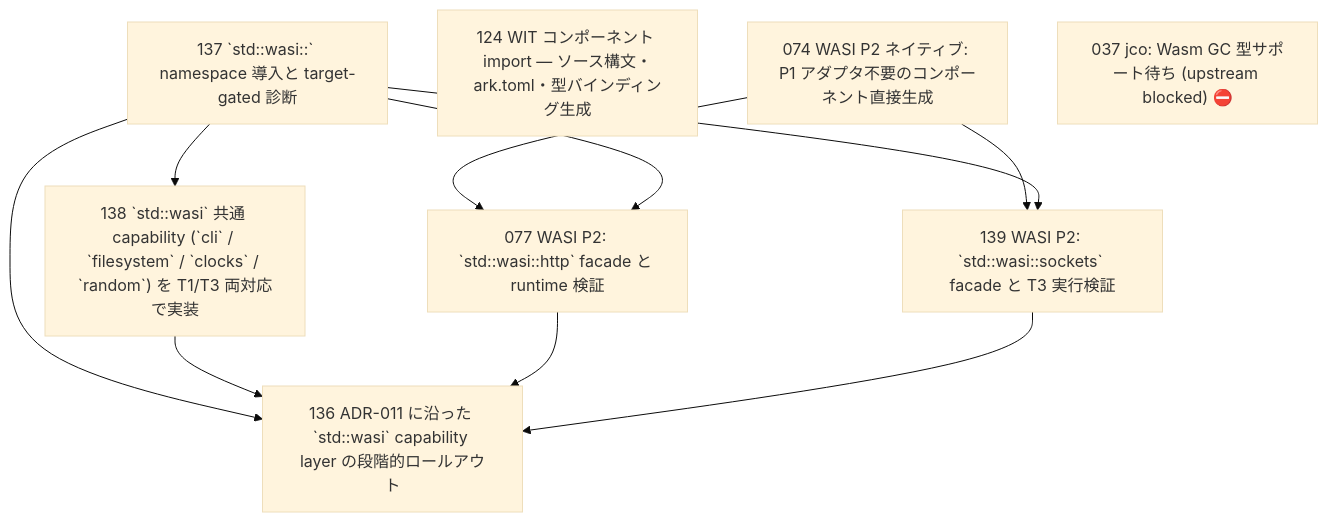
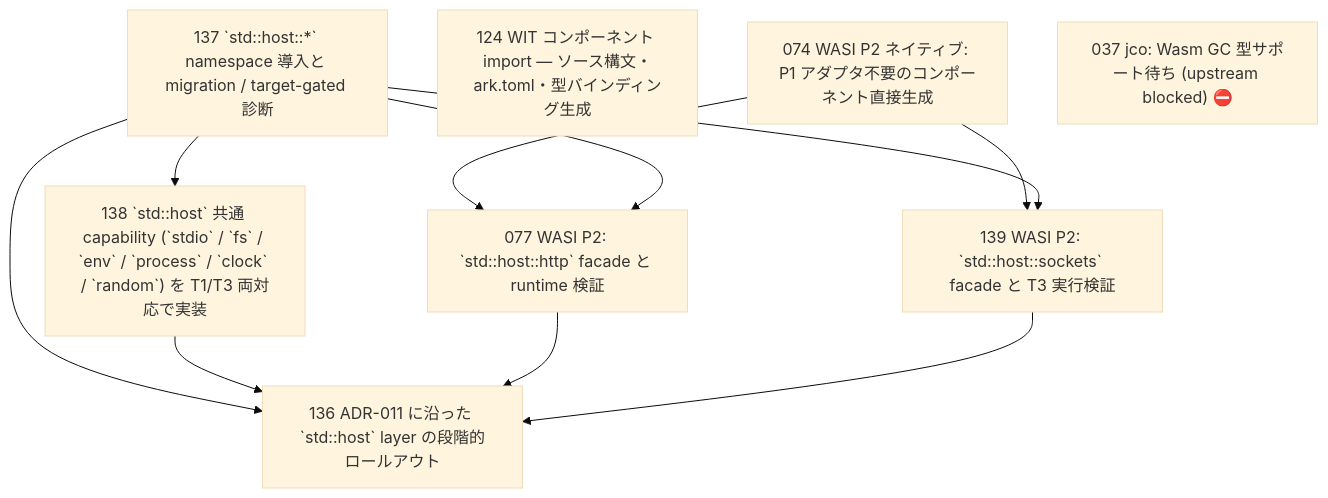
The diagram in issues/open/dependency-graph.md (wogikaze/arukellt), drawn with Mermaid (base theme) before and after one commit. The commit also changed 287 other files, not shown here.

Commit message:
Introduce std::host host facade modules

````diff
--- a/issues/open/dependency-graph.md
+++ b/issues/open/dependency-graph.md
@@ -7,20 +7,20 @@
 ```mermaid
 graph TD
   I074["074 WASI P2 ネイティブ: P1 アダプタ不要のコンポーネント直接生成"]
   I124["124 WIT コンポーネント import — ソース構文・ark.toml・型バインディング生成"]
-  I137["137 `std::wasi::<capability>` namespace 導入と target-gated 診断"]
-  I077["077 WASI P2: `std::wasi::http` facade と runtime 検証"]
-  I138["138 `std::wasi` 共通 capability (`cli` / `filesystem` / `clocks` / `random`) を T1/T3 両対応で実装"]
-  I139["139 WASI P2: `std::wasi::sockets` facade と T3 実行検証"]
-  I136["136 ADR-011 に沿った `std::wasi` capability layer の段階的ロールアウト"]
+  I137["137 `std::host::*` namespace 導入と migration / target-gated 診断"]
+  I077["077 WASI P2: `std::host::http` facade と runtime 検証"]
+  I138["138 `std::host` 共通 capability (`stdio` / `fs` / `env` / `process` / `clock` / `random`) を T1/T3 両対応で実装"]
+  I139["139 WASI P2: `std::host::sockets` facade と T3 実行検証"]
+  I136["136 ADR-011 に沿った `std::host` layer の段階的ロールアウト"]
   I037["037 jco: Wasm GC 型サポート待ち (upstream blocked) ⛔"]
   I074 --> I077
   I137 --> I077
   I137 --> I138
   I074 --> I139
   I137 --> I139
   I137 --> I136
   I138 --> I136
   I077 --> I136
   I139 --> I136
 ```
````
